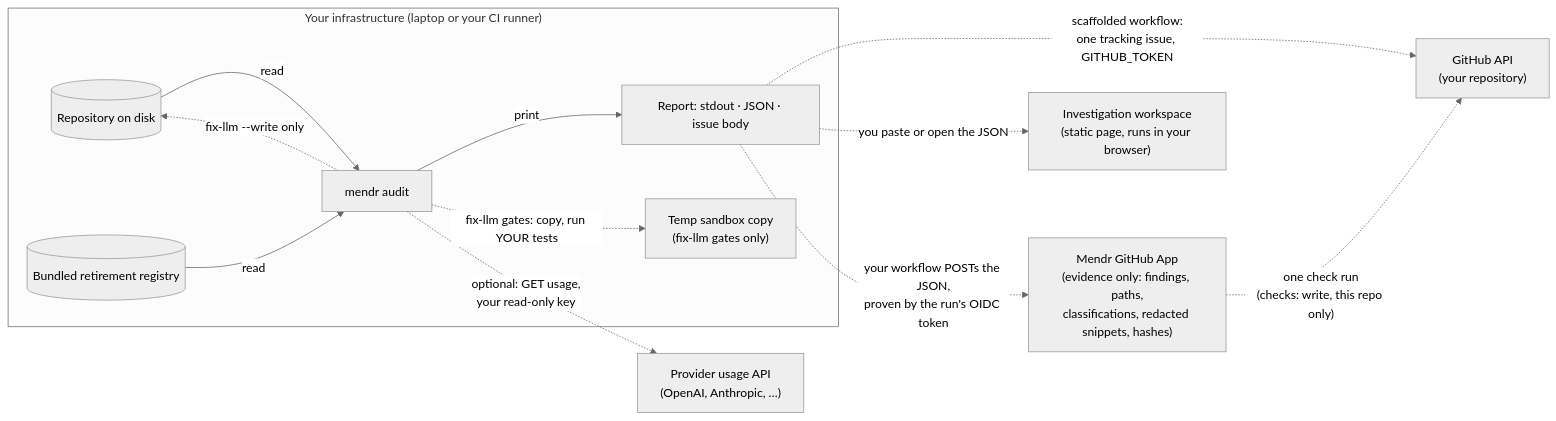
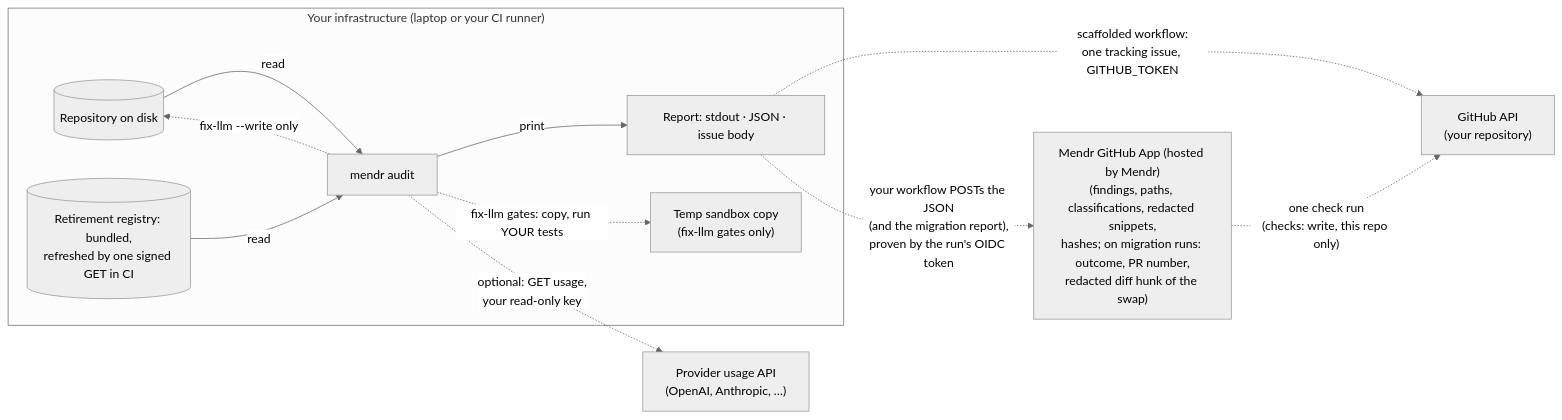
Before and after one commit to ajitheee/mendr: the diagram in TRUST.md, drawn with Mermaid (neutral theme). The commit also changed other lines of this file and 2 other files, not shown here.

````diff
--- a/TRUST.md
+++ b/TRUST.md
@@ -84,24 +87,22 @@
 ```mermaid
 flowchart LR
   subgraph yours["Your infrastructure (laptop or your CI runner)"]
     repo[(Repository on disk)]
     cli[mendr audit]
-    registry[(Bundled retirement registry)]
+    registry[(Retirement registry: bundled,<br/>refreshed by one signed GET in CI)]
     report["Report: stdout · JSON · issue body"]
     sandbox["Temp sandbox copy<br/>(fix-llm gates only)"]
     repo -- read --> cli
     registry -- read --> cli
     cli -- print --> report
     cli -. "fix-llm --write only" .-> repo
     cli -. "fix-llm gates: copy, run YOUR tests" .-> sandbox
   end
   provider["Provider usage API<br/>(OpenAI, Anthropic, …)"]
   gh["GitHub API<br/>(your repository)"]
-  ui["Investigation workspace<br/>(static page, runs in your browser)"]
-  appnode["Mendr GitHub App<br/>(evidence only: findings, paths,<br/>classifications, redacted snippets, hashes)"]
+  appnode["Mendr GitHub App (hosted by Mendr)<br/>(findings, paths, classifications, redacted snippets,<br/>hashes; on migration runs: outcome, PR number,<br/>redacted diff hunk of the swap)"]
   cli -. "optional: GET usage,<br/>your read-only key" .-> provider
   report -. "scaffolded workflow:<br/>one tracking issue, GITHUB_TOKEN" .-> gh
-  report -. "you paste or open the JSON" .-> ui
-  report -. "your workflow POSTs the JSON,<br/>proven by the run's OIDC token" .-> appnode
+  report -. "your workflow POSTs the JSON<br/>(and the migration report),<br/>proven by the run's OIDC token" .-> appnode
   appnode -. "one check run<br/>(checks: write, this repo only)" .-> gh
 ```
````
